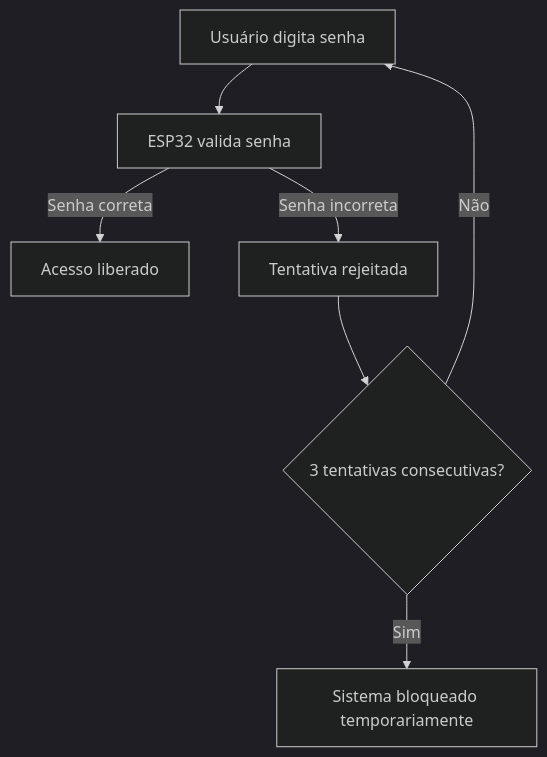
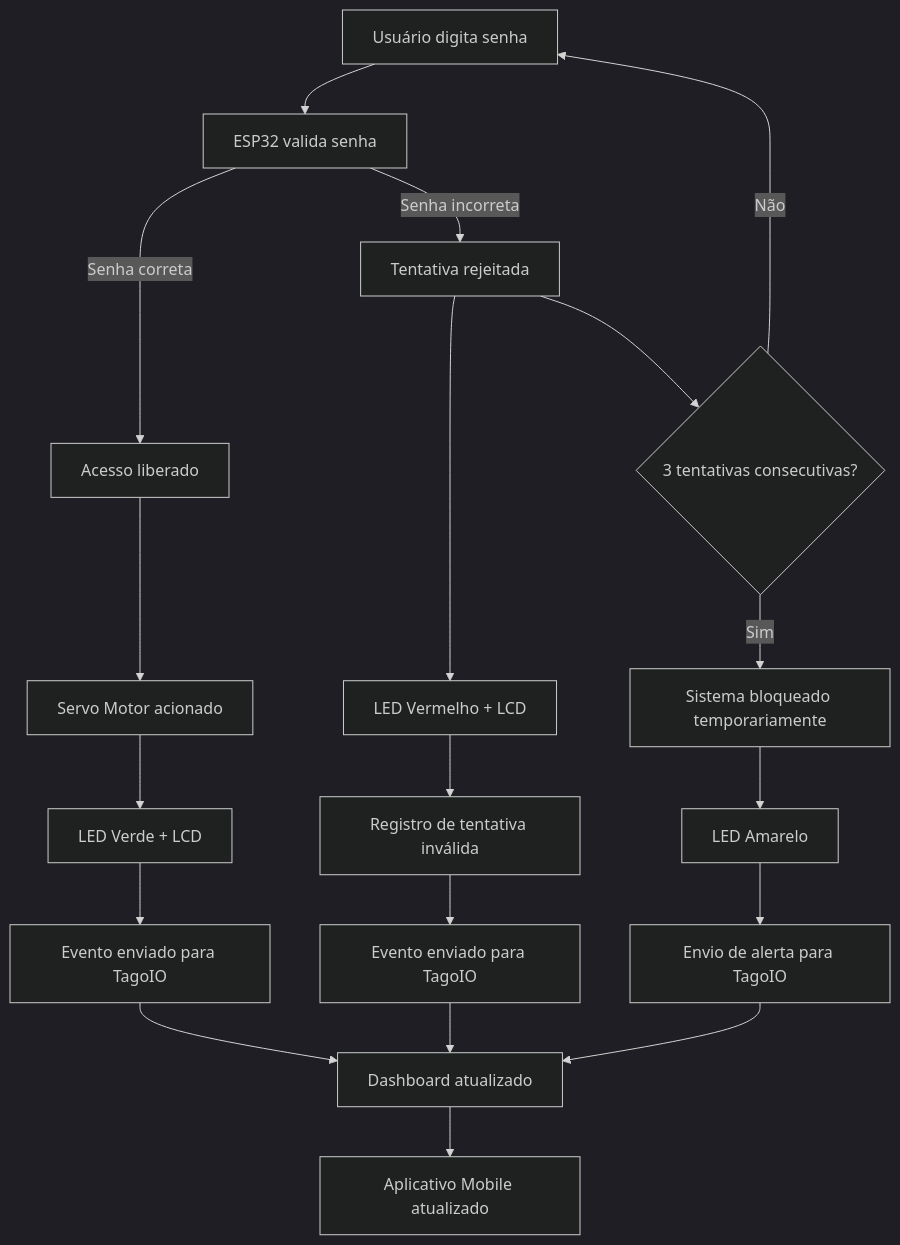
Before and after one commit to CrisHayashi/esp32-access-control-system: the second of 2 diagrams in README.md, drawn with Mermaid (dark theme).

Commit message:
Enhance README with flowchart for motor and alerts
Added flowchart steps for servo motor and alert system.

````diff
--- a/README.md
+++ b/README.md
@@ -221,13 +221,30 @@
 ```mermaid
 flowchart TD
 
 A[Usuário digita senha] --> B[ESP32 valida senha]
 
 B -->|Senha correta| C[Acesso liberado]
 B -->|Senha incorreta| D[Tentativa rejeitada]
 
+C --> G[Servo Motor acionado]
+G --> H[LED Verde + LCD]
+H --> I[Evento enviado para TagoIO]
+
+D --> J[LED Vermelho + LCD]
+J --> K[Registro de tentativa inválida]
+K --> L[Evento enviado para TagoIO]
+
 D --> E{3 tentativas consecutivas?}
 
 E -->|Sim| F[Sistema bloqueado temporariamente]
+F --> M[LED Amarelo]
+M --> N[Envio de alerta para TagoIO]
+
 E -->|Não| A
+
+I --> O[Dashboard atualizado]
+L --> O
+N --> O
+
+O --> P[Aplicativo Mobile atualizado]
 ```
````
